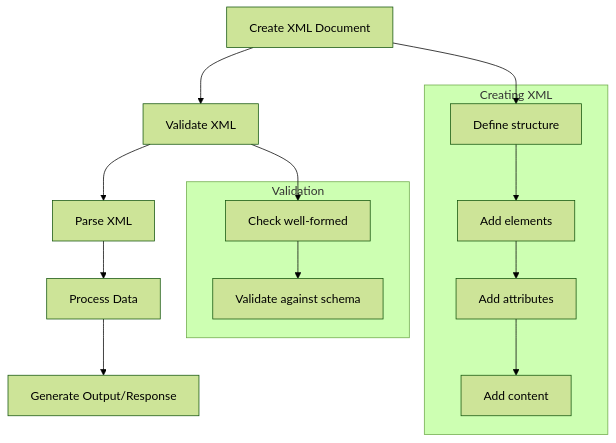
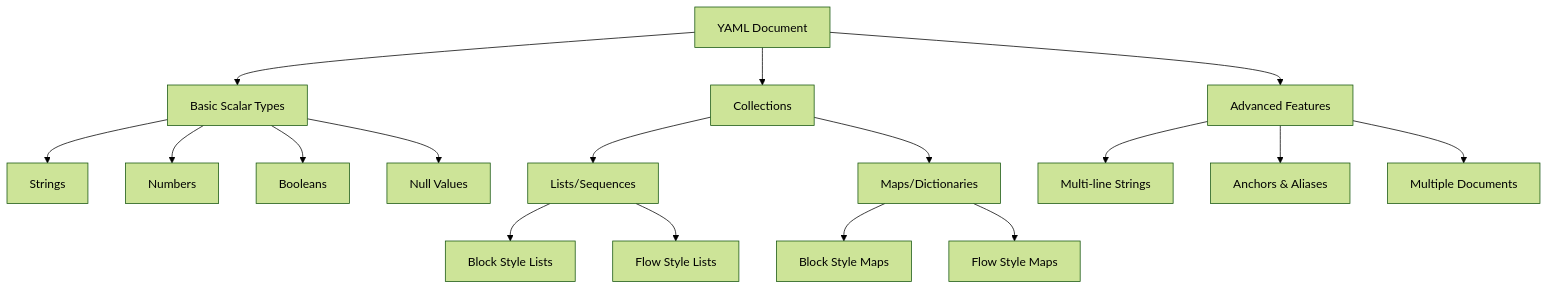
The diagram in apps-standalone/ayokoding-web/content/en/learn/crash-courses/swe/data/format/yaml/basics.md (wahidyankf/oss), drawn with Mermaid (forest theme) before and after one commit. The commit also changed other lines of this file and 27 other files, not shown here.

````diff
--- a/apps-standalone/ayokoding-web/content/en/learn/crash-courses/swe/data/format/yaml/basics.md
+++ b/apps-standalone/ayokoding-web/content/en/learn/crash-courses/swe/data/format/yaml/basics.md
@@ -449,20 +357,24 @@
 ```mermaid
 graph TD
-    A[Create XML Document] -->B[Validate XML]
-    B -->C[Parse XML]
-    C -->D[Process Data]
-    D -->E[Generate Output/Response]
+    A[YAML Document] --> B[Basic Scalar Types]
+    A --> C[Collections]
+    A --> F[Advanced Features]
 
-    subgraph "Creating XML"
-    A1[Define structure] -->A2[Add elements]
-    A2 -->A3[Add attributes]
-    A3 -->A4[Add content]
-    end
+    B --> B1[Strings]
+    B --> B2[Numbers]
+    B --> B3[Booleans]
+    B --> B4[Null Values]
 
-    subgraph "Validation"
-    B1[Check well-formed] -->B2[Validate against schema]
-    end
+    C --> C1[Lists/Sequences]
+    C --> C2[Maps/Dictionaries]
 
-    A -->A1
-    B -->B1
+    C1 --> D1[Block Style Lists]
+    C1 --> D2[Flow Style Lists]
+
+    C2 --> E1[Block Style Maps]
+    C2 --> E2[Flow Style Maps]
+
+    F --> F1[Multi-line Strings]
+    F --> F2[Anchors & Aliases]
+    F --> F3[Multiple Documents]
 ```
````
